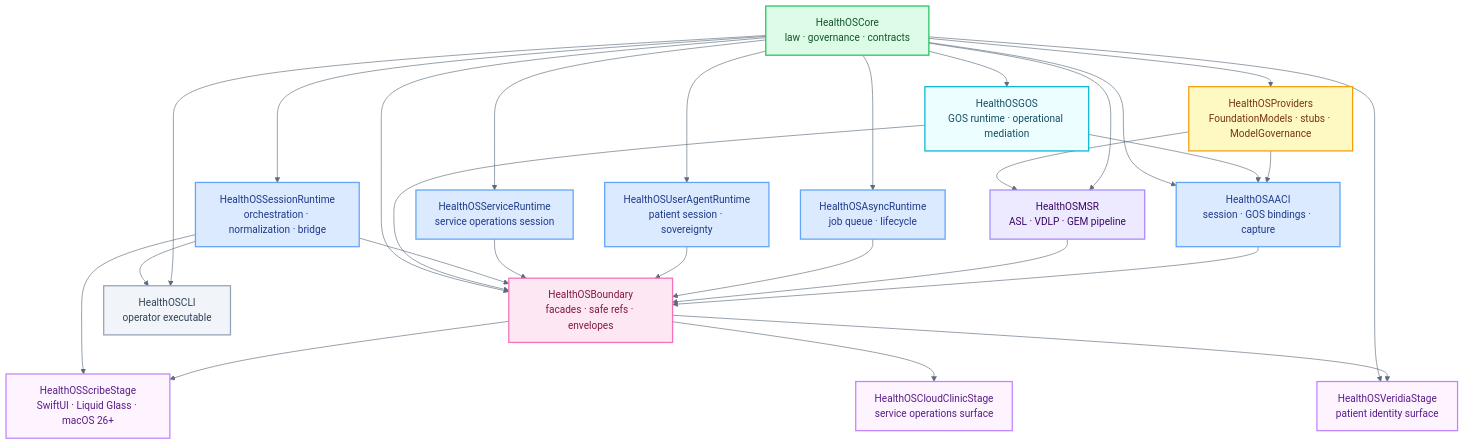
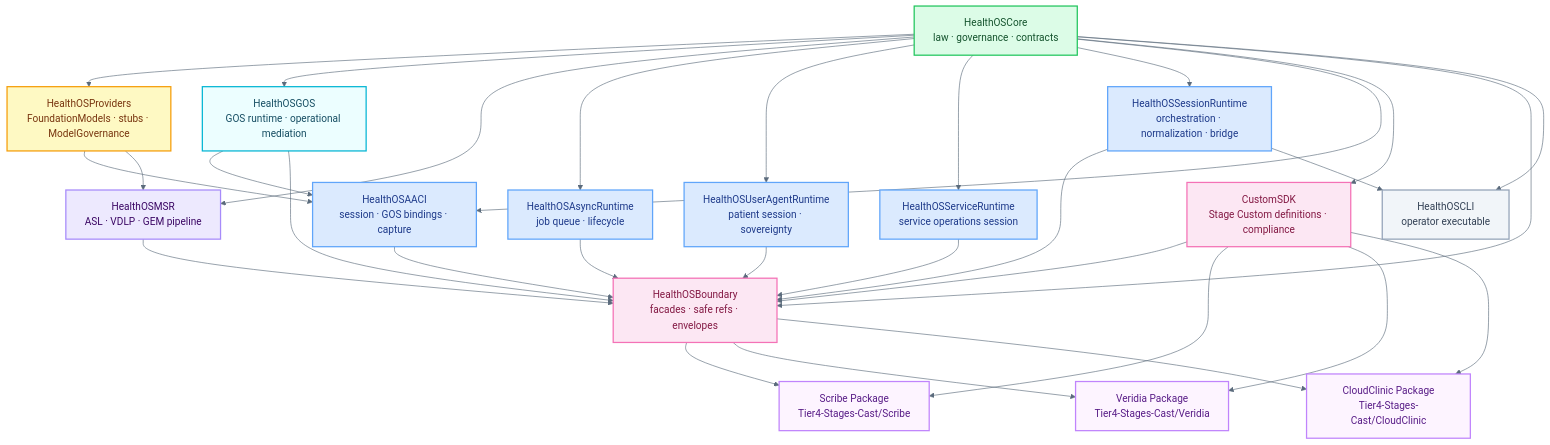
One commit to myselfgus/HealthOScaffold changed the diagram in HealthOS/README.md. Above: the diagram before and after it, drawn with Mermaid. The commit also changed other lines of this file and 130 other files, not shown here.

Commit message:
refactor: split stage packages and add custom sdk

````diff
--- a/HealthOS/README.md
+++ b/HealthOS/README.md
@@ -29,41 +29,43 @@
 ```mermaid
 %%{init: {'theme': 'base', 'themeVariables': {'primaryColor': '#F6F8FB', 'primaryBorderColor': '#D6DEE8', 'primaryTextColor': '#1D2733', 'clusterBkg': '#FFFFFF', 'clusterBorder': '#D6DEE8', 'lineColor': '#5B6B7C', 'edgeLabelBackground': '#F6F8FB', 'fontFamily': 'ui-rounded, -apple-system, BlinkMacSystemFont, sans-serif'}}}%%
 graph TD
     classDef core     fill:#dcfce7,stroke:#22c55e,stroke-width:2px,color:#14532d
     classDef runtime  fill:#dbeafe,stroke:#60a5fa,stroke-width:2px,color:#1e3a8a
     classDef gos      fill:#ecfeff,stroke:#06b6d4,stroke-width:2px,color:#164e63
     classDef provider fill:#fef9c3,stroke:#f59e0b,stroke-width:2px,color:#78350f
     classDef msr      fill:#ede9fe,stroke:#a78bfa,stroke-width:2px,color:#3b0764
     classDef boundary fill:#fce7f3,stroke:#f472b6,stroke-width:2px,color:#831843
     classDef app      fill:#fdf4ff,stroke:#c084fc,stroke-width:2px,color:#581c87
     classDef cli      fill:#f1f5f9,stroke:#94a3b8,stroke-width:2px,color:#334155
 
     CORE[HealthOSCore\nlaw · governance · contracts]:::core
 
     PROV[HealthOSProviders\nFoundationModels · stubs · ModelGovernance]:::provider
     GOS[HealthOSGOS\nGOS runtime · operational mediation]:::gos
     AACI[HealthOSAACI\nsession · GOS bindings · capture]:::runtime
     MSR[HealthOSMSR\nASL · VDLP · GEM pipeline]:::msr
     ASYNC[HealthOSAsyncRuntime\njob queue · lifecycle]:::runtime
     UAR[HealthOSUserAgentRuntime\npatient session · sovereignty]:::runtime
     SVR[HealthOSServiceRuntime\nservice operations session]:::runtime
     SRT[HealthOSSessionRuntime\norchestration · normalization · bridge]:::runtime
 
+    CUSTOM[CustomSDK\nStage Custom definitions · compliance]:::boundary
     AB[HealthOSBoundary\nfacades · safe refs · envelopes]:::boundary
 
     CLI[HealthOSCLI\noperator executable]:::cli
-    SCRIBE[HealthOSScribeStage\nSwiftUI · Liquid Glass · macOS 26+]:::app
-    VERIDIA[HealthOSVeridiaStage\npatient identity surface]:::app
-    CC[HealthOSCloudClinicStage\nservice operations surface]:::app
+    SCRIBE[Scribe Package\nTier4-Stages-Cast/Scribe]:::app
+    VERIDIA[Veridia Package\nTier4-Stages-Cast/Veridia]:::app
+    CC[CloudClinic Package\nTier4-Stages-Cast/CloudClinic]:::app
 
     CORE --> PROV & GOS & MSR & ASYNC & UAR & SVR & SRT
     PROV --> AACI & MSR
     GOS --> AACI
     CORE --> AACI
+    CORE --> CUSTOM
     AACI & MSR & ASYNC & UAR & SVR & SRT --> AB
-    GOS & CORE --> AB
+    GOS & CORE & CUSTOM --> AB
     CORE & SRT --> CLI
-    AB & SRT --> SCRIBE
-    AB & CORE --> VERIDIA
-    AB --> CC
+    AB & CUSTOM --> SCRIBE
+    AB & CUSTOM --> VERIDIA
+    AB & CUSTOM --> CC
 ```
````
